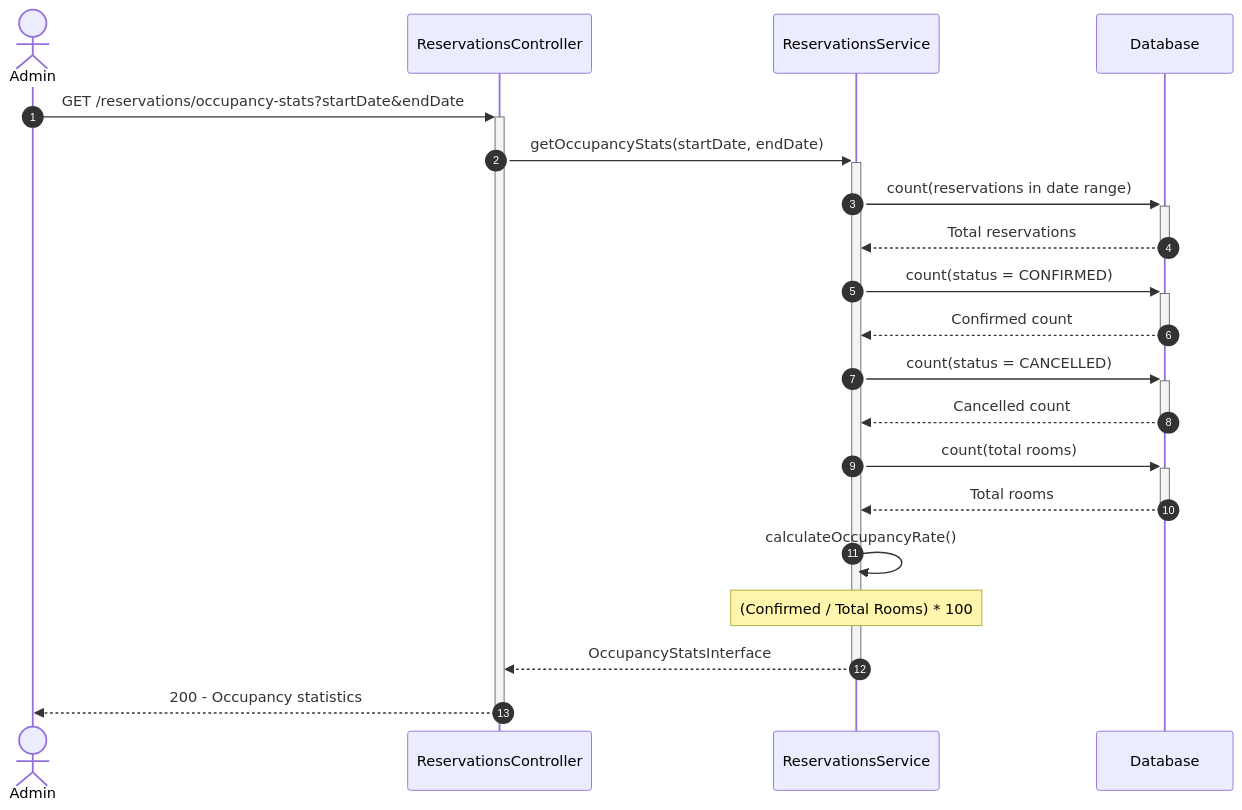
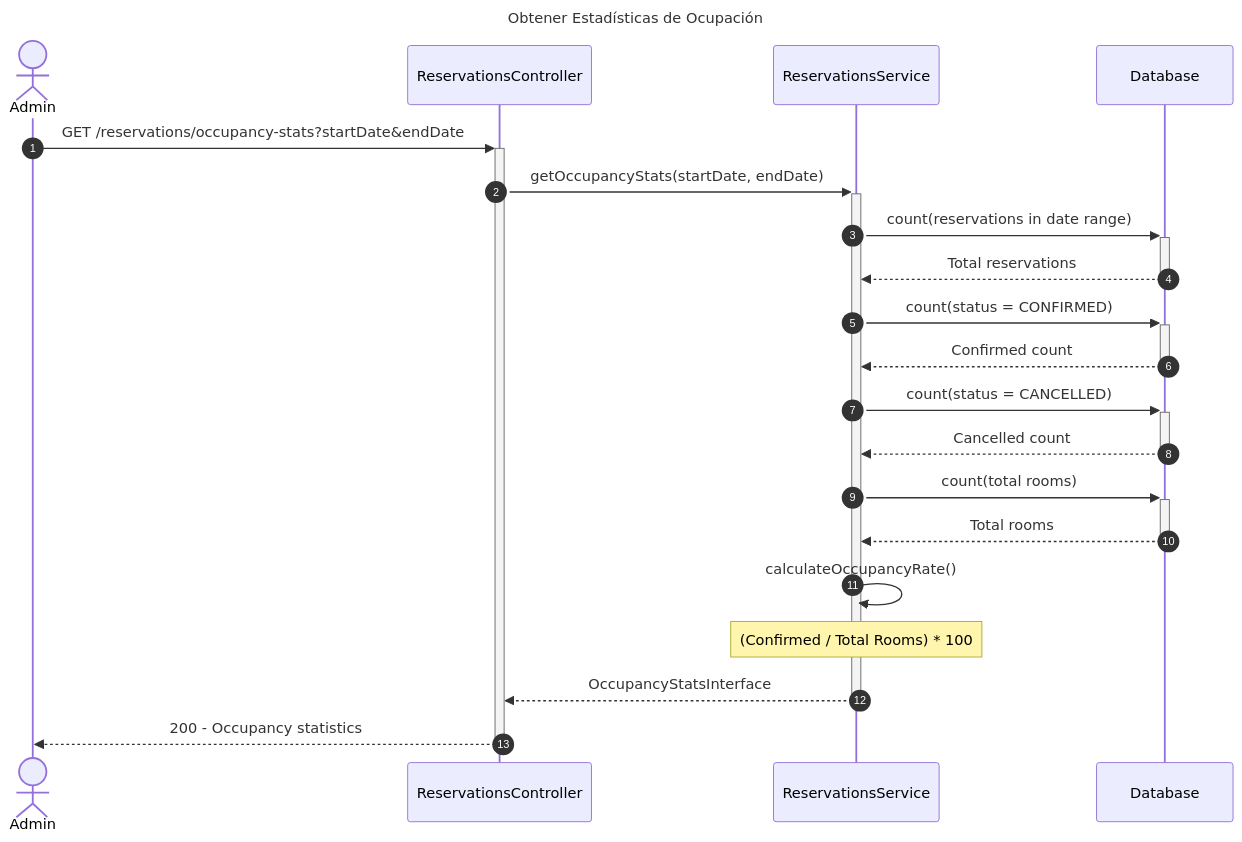
The fifth of 5 diagrams in diagrams/sequence/reservations-sequence-diagram.md (Nick220505/hotelier-backend), drawn with Mermaid before and after one commit. The commit also changed other lines of this file and 5 other files, not shown here.

Commit message:
Add titles to sequence diagrams for Billing, Employees, Inventory, Reservations, Restaurant, and Users modules

````diff
--- a/diagrams/sequence/reservations-sequence-diagram.md
+++ b/diagrams/sequence/reservations-sequence-diagram.md
@@ -220,29 +232,32 @@
 ```mermaid
+---
+title: Obtener Estadísticas de Ocupación
+---
 sequenceDiagram
     autonumber
     actor Admin
     participant Controller as ReservationsController
     participant Service as ReservationsService
     participant DB as Database
 
     Admin->>+Controller: GET /reservations/occupancy-stats?startDate&endDate
     Controller->>+Service: getOccupancyStats(startDate, endDate)
     
     Service->>+DB: count(reservations in date range)
     DB-->>-Service: Total reservations
     
     Service->>+DB: count(status = CONFIRMED)
     DB-->>-Service: Confirmed count
     
     Service->>+DB: count(status = CANCELLED)
     DB-->>-Service: Cancelled count
     
     Service->>+DB: count(total rooms)
     DB-->>-Service: Total rooms
     
     Service->>Service: calculateOccupancyRate()
     Note over Service: (Confirmed / Total Rooms) * 100
     
     Service-->>-Controller: OccupancyStatsInterface
     Controller-->>-Admin: 200 - Occupancy statistics
 ```
````
